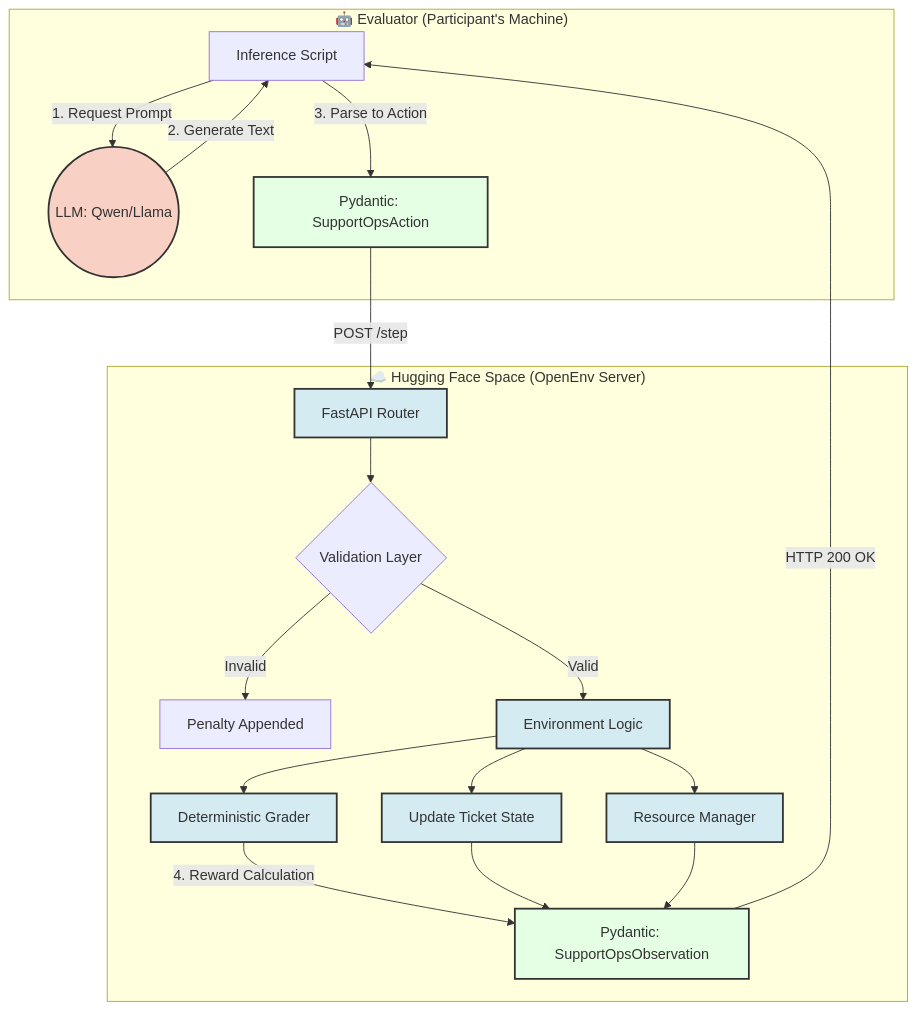
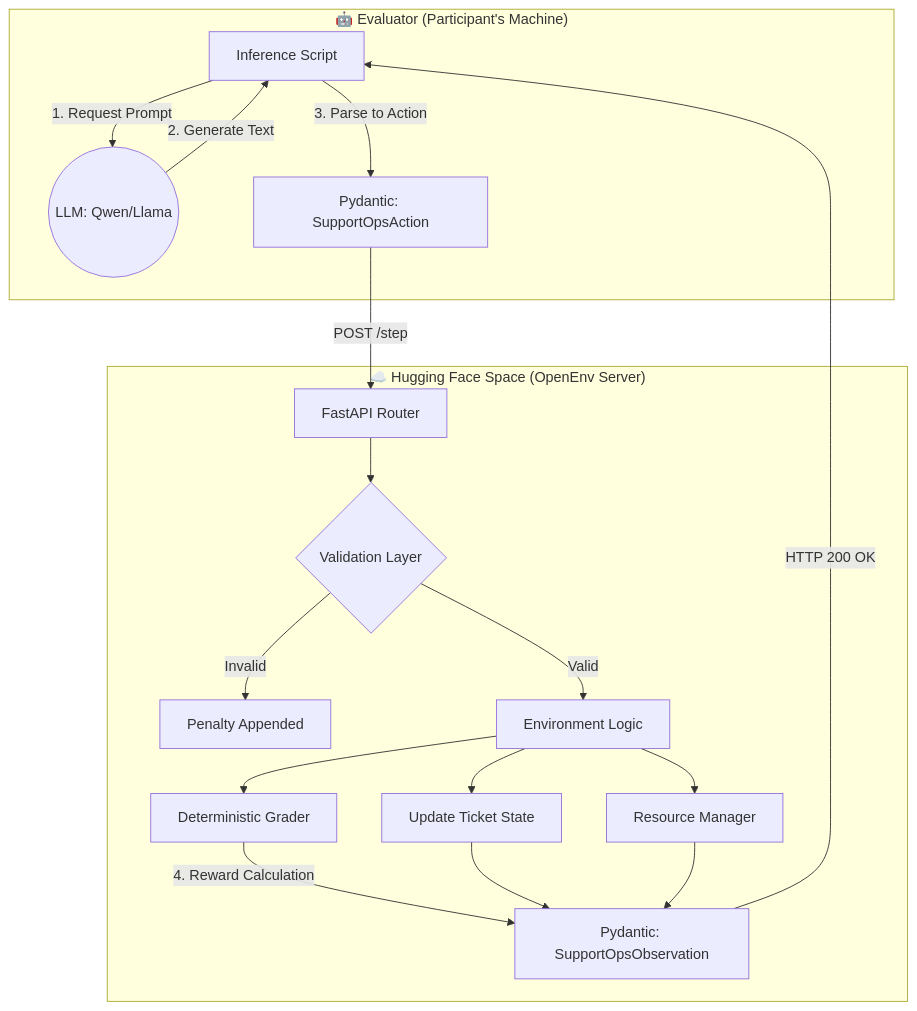
The first of 2 diagrams in README.md (letsjoyn/meta-scalar-hack), drawn with Mermaid before and after one commit.

Commit message:
Fix Mermaid diagram colors for dark mode visibility

````diff
--- a/README.md
+++ b/README.md
@@ -40,33 +40,25 @@
 ```mermaid
 graph TD
     subgraph "🤖 Evaluator (Participant's Machine)"
         A[Inference Script] -->|1. Request Prompt| B((LLM: Qwen/Llama))
         B -->|2. Generate Text| A
         A -->|3. Parse to Action| C[Pydantic: SupportOpsAction]
     end
 
     subgraph "☁️ Hugging Face Space (OpenEnv Server)"
         C -->|POST /step | D[FastAPI Router]
         D --> E{Validation Layer}
         E -->|Invalid| F[Penalty Appended]
         E -->|Valid| G[Environment Logic]
         
         G --> H[Update Ticket State]
         G --> I[Resource Manager]
         G --> J[Deterministic Grader]
         
         J -->|4. Reward Calculation| K[Pydantic: SupportOpsObservation]
         H --> K
         I --> K
     end
 
     K -->|HTTP 200 OK| A
-    
-    classDef llm fill:#f9d0c4,stroke:#333,stroke-width:2px;
-    classDef server fill:#d4ebf2,stroke:#333,stroke-width:2px;
-    classDef data fill:#e5ffe5,stroke:#333,stroke-width:2px;
-    
-    class B llm;
-    class D,G,H,I,J server;
-    class C,K data;
 ```
````
